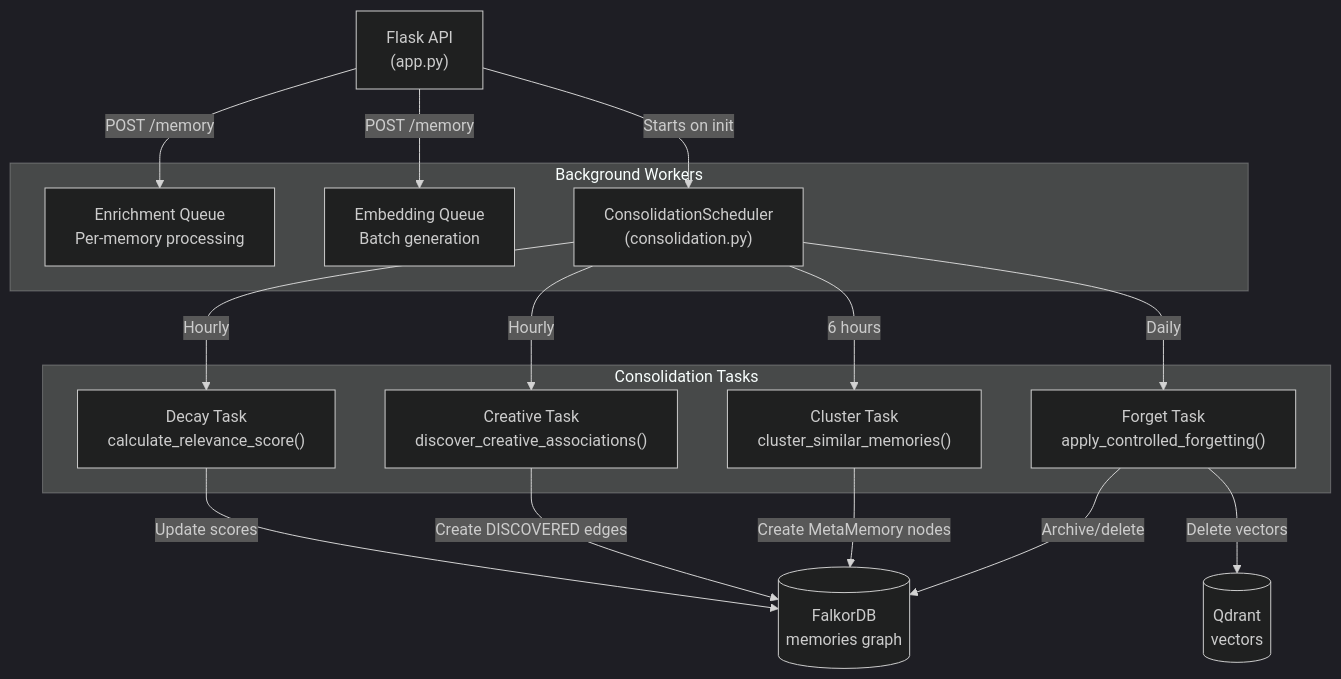
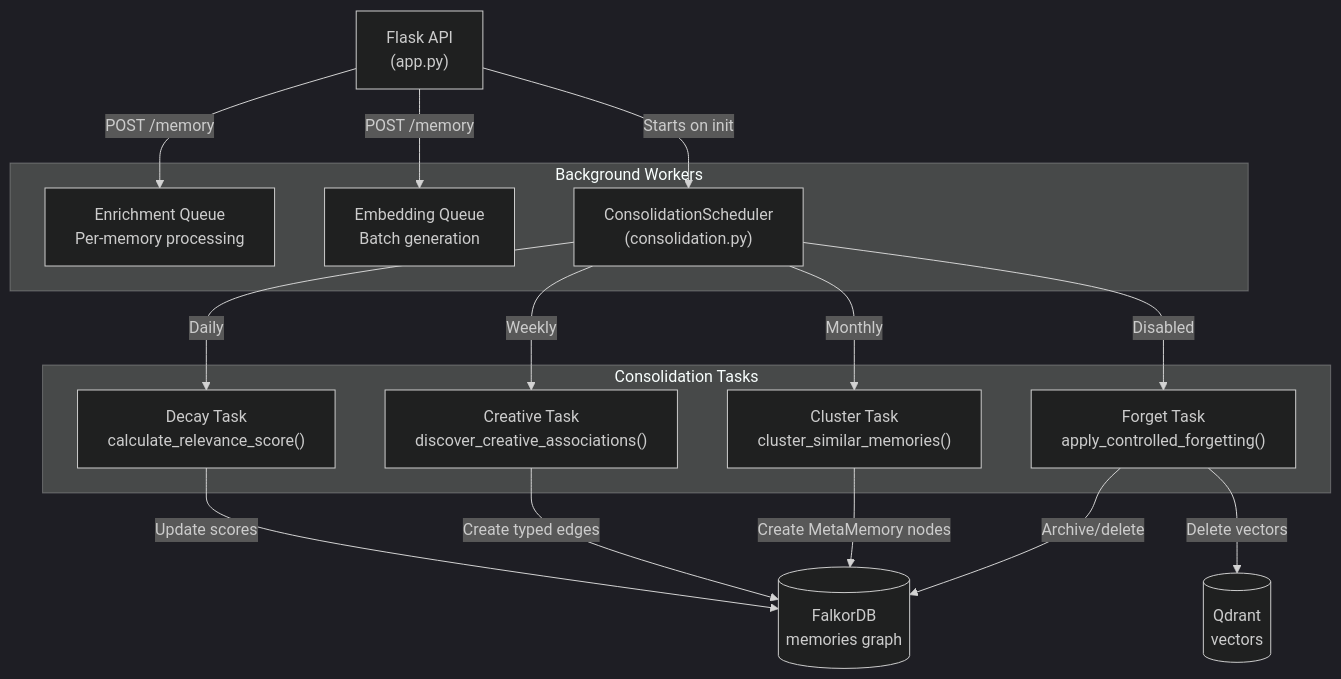
The first of 5 diagrams in src/content/docs/docs/core-concepts/consolidation.md (verygoodplugins/automem-website), drawn with Mermaid (dark theme) before and after one commit. The commit also changed other lines of this file and 48 other files, not shown here.

````diff
--- a/src/content/docs/docs/core-concepts/consolidation.md
+++ b/src/content/docs/docs/core-concepts/consolidation.md
@@ -33,35 +33,35 @@
 ```mermaid
 graph TB
     API["Flask API<br/>(app.py)"]
 
     subgraph "Background Workers"
         EnrichQ["Enrichment Queue<br/>Per-memory processing"]
         EmbedQ["Embedding Queue<br/>Batch generation"]
         Sched["ConsolidationScheduler<br/>(consolidation.py)"]
     end
 
     subgraph "Consolidation Tasks"
         Decay["Decay Task<br/>calculate_relevance_score()"]
         Creative["Creative Task<br/>discover_creative_associations()"]
         Cluster["Cluster Task<br/>cluster_similar_memories()"]
         Forget["Forget Task<br/>apply_controlled_forgetting()"]
     end
 
     Falkor[("FalkorDB<br/>memories graph")]
     Qdrant[("Qdrant<br/>vectors")]
 
     API -->|"POST /memory"| EnrichQ
     API -->|"POST /memory"| EmbedQ
     API -->|"Starts on init"| Sched
 
-    Sched -->|"Hourly"| Decay
-    Sched -->|"Hourly"| Creative
-    Sched -->|"6 hours"| Cluster
-    Sched -->|"Daily"| Forget
+    Sched -->|"Daily"| Decay
+    Sched -->|"Weekly"| Creative
+    Sched -->|"Monthly"| Cluster
+    Sched -->|"Disabled"| Forget
 
     Decay -->|"Update scores"| Falkor
-    Creative -->|"Create DISCOVERED edges"| Falkor
+    Creative -->|"Create typed edges"| Falkor
     Cluster -->|"Create MetaMemory nodes"| Falkor
     Forget -->|"Archive/delete"| Falkor
     Forget -->|"Delete vectors"| Qdrant
 ```
````
